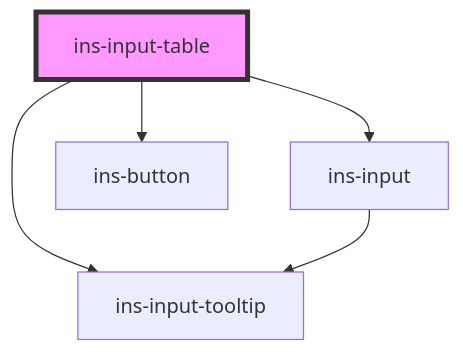
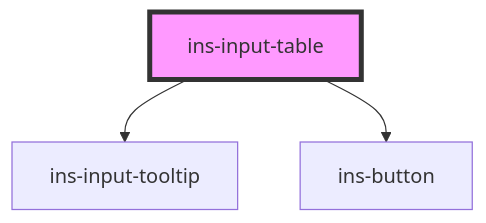
Before and after one commit to insites-io/insites-components-v2: the diagram in components/src/components/ins-input-table/readme.md, drawn with Mermaid. The commit also changed other lines of this file and 2 other files, not shown here.

Commit message:
Input Table - Fix rendering issue and initialization

````diff
--- a/components/src/components/ins-input-table/readme.md
+++ b/components/src/components/ins-input-table/readme.md
@@ -67,8 +65,6 @@
 ```mermaid
 graph TD;
   ins-input-table --> ins-input-tooltip
-  ins-input-table --> ins-input
   ins-input-table --> ins-button
-  ins-input --> ins-input-tooltip
   style ins-input-table fill:#f9f,stroke:#333,stroke-width:4px
 ```
````
